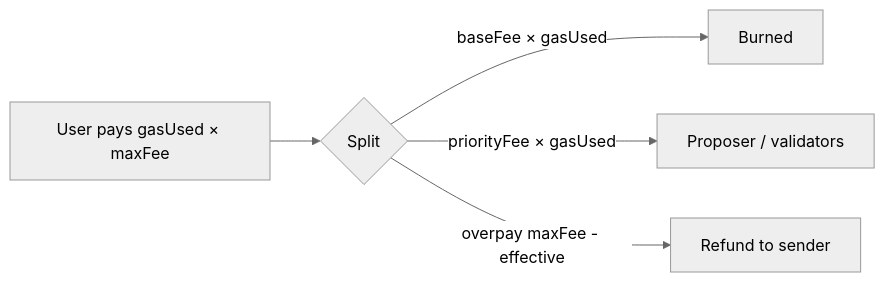
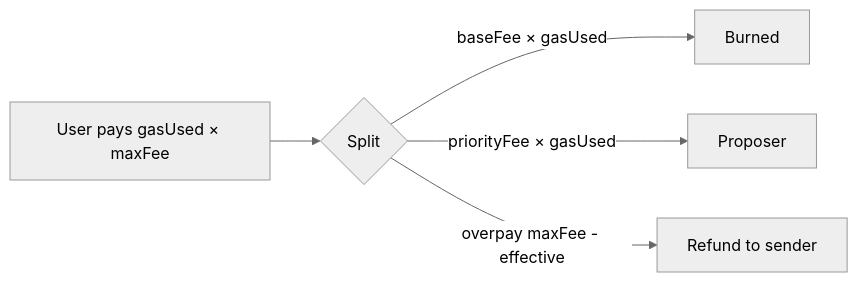
One commit to dewnetwork/dew changed the diagram in docs/execution/gas-and-fees.md. Above: the diagram before and after it, drawn with Mermaid (neutral theme). The commit also changed other lines of this file and 13 other files, not shown here.

````diff
--- a/docs/execution/gas-and-fees.md
+++ b/docs/execution/gas-and-fees.md
@@ -39,7 +39,7 @@
 ```mermaid
 flowchart LR
   User[User pays gasUsed × maxFee] --> Split{Split}
   Split -->|baseFee × gasUsed| Burn[Burned]
-  Split -->|priorityFee × gasUsed| Prop[Proposer / validators]
+  Split -->|priorityFee × gasUsed| Prop[Proposer]
   Split -->|overpay maxFee - effective| Refund[Refund to sender]
 ```
````
